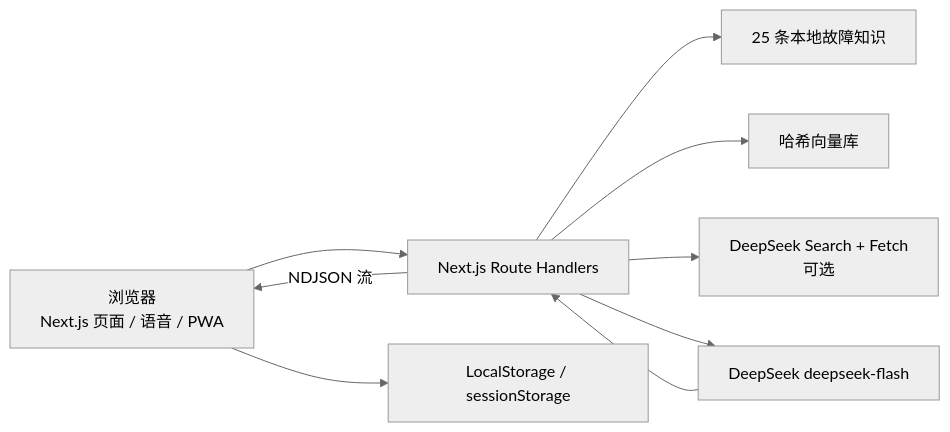
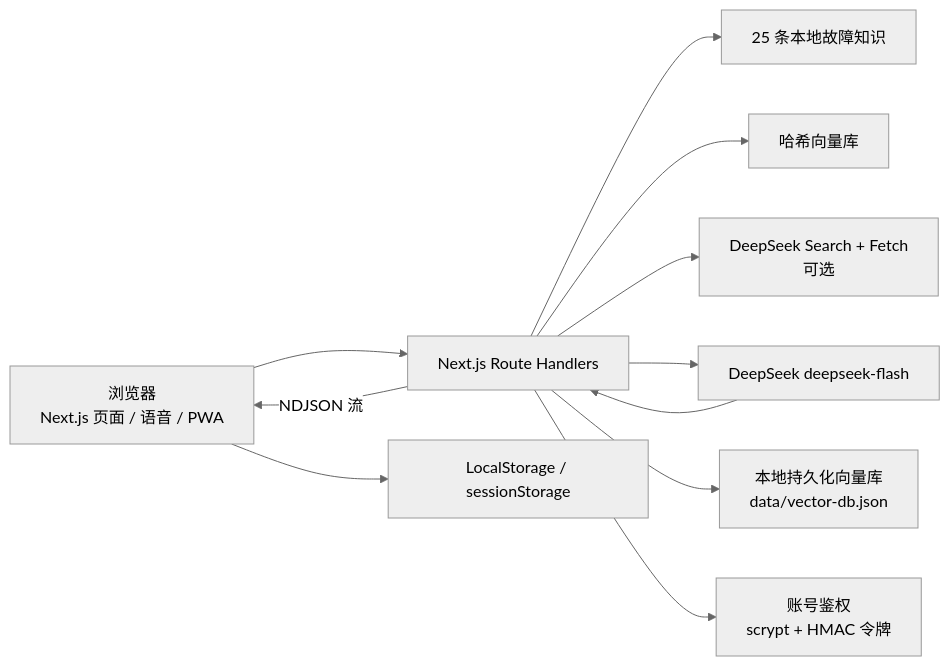
One commit to rzdx-lyh/campus-computer-care changed the diagram in README.md. Above: the diagram before and after it, drawn with Mermaid (neutral theme). The commit also changed other lines of this file and 69 other files, not shown here.

````diff
--- a/README.md
+++ b/README.md
@@ -50,11 +56,13 @@
 ```mermaid
 flowchart LR
   Browser["浏览器<br/>Next.js 页面 / 语音 / PWA"] --> API["Next.js Route Handlers"]
   API --> KB["25 条本地故障知识"]
   API --> RAG["哈希向量库"]
   API --> WEB["DeepSeek Search + Fetch<br/>可选"]
   API --> LLM["DeepSeek deepseek-flash"]
+  API --> VDB["本地持久化向量库<br/>data/vector-db.json"]
+  API --> AUTH["账号鉴权<br/>scrypt + HMAC 令牌"]
   Browser --> Store["LocalStorage / sessionStorage"]
   LLM --> API
   API -->|"NDJSON 流"| Browser
 ```
````
